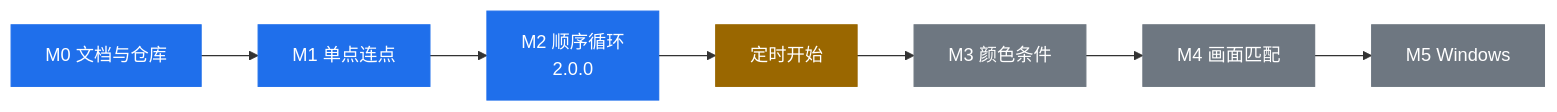
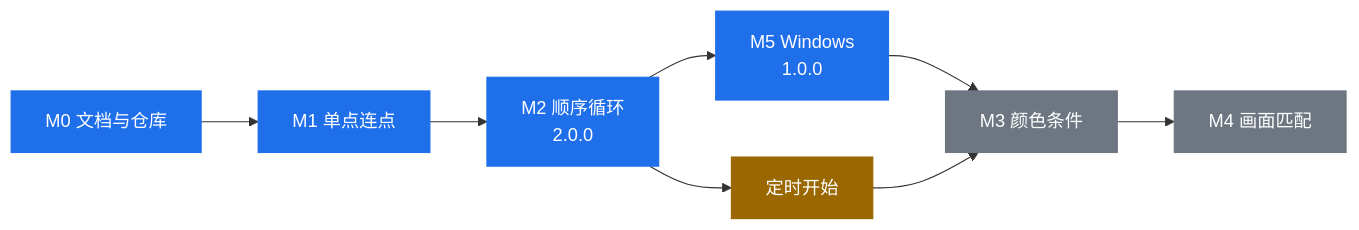
Before and after one commit to Armstrong2015/floatap: the third of 4 diagrams in README.md, drawn with Mermaid. The commit also changed other lines of this file and 21 other files, not shown here.

````diff
--- a/README.md
+++ b/README.md
@@ -67,16 +72,17 @@
 ```mermaid
 flowchart LR
   M0["M0 文档与仓库"] --> M1["M1 单点连点"]
   M1 --> M2["M2 顺序循环<br/>2.0.0"]
+  M2 --> M5["M5 Windows<br/>1.0.0"]
   M2 --> M2b["定时开始"]
-  M2b --> M3["M3 颜色条件"]
+  M5 --> M3["M3 颜色条件"]
+  M2b --> M3
   M3 --> M4["M4 画面匹配"]
-  M4 --> M5["M5 Windows"]
 
   classDef done fill:#1f6feb,stroke:#1f6feb,color:#ffffff
   classDef next fill:#9a6700,stroke:#9a6700,color:#ffffff
   classDef later fill:#6e7781,stroke:#6e7781,color:#ffffff
-  class M0,M1,M2 done
+  class M0,M1,M2,M5 done
   class M2b next
-  class M3,M4,M5 later
+  class M3,M4 later
 ```
````
